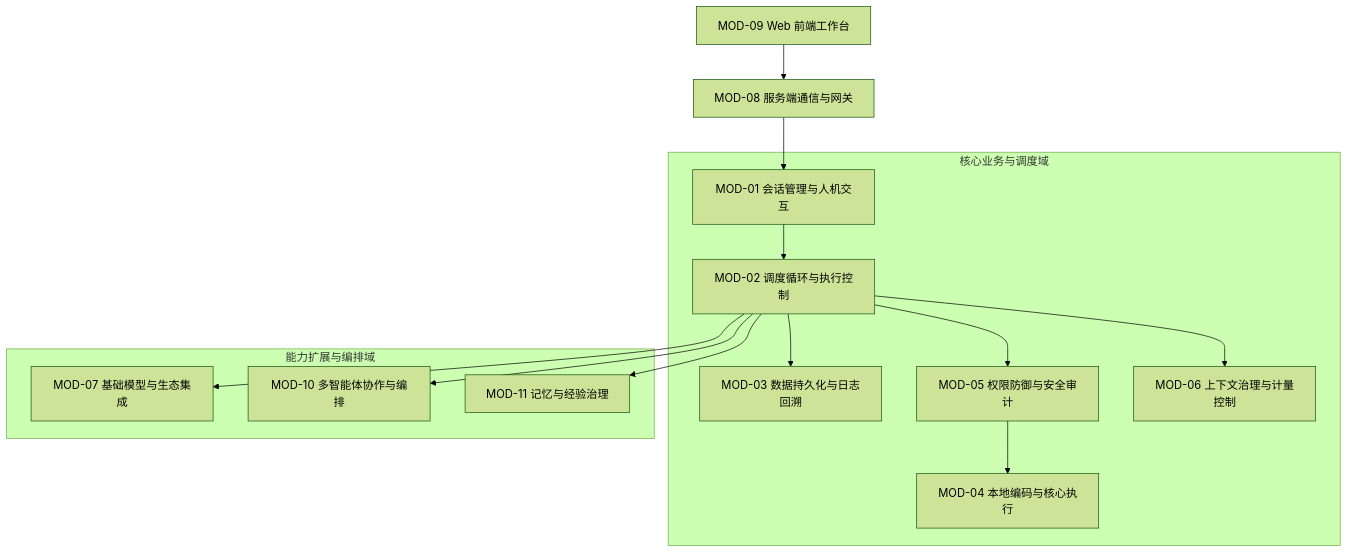
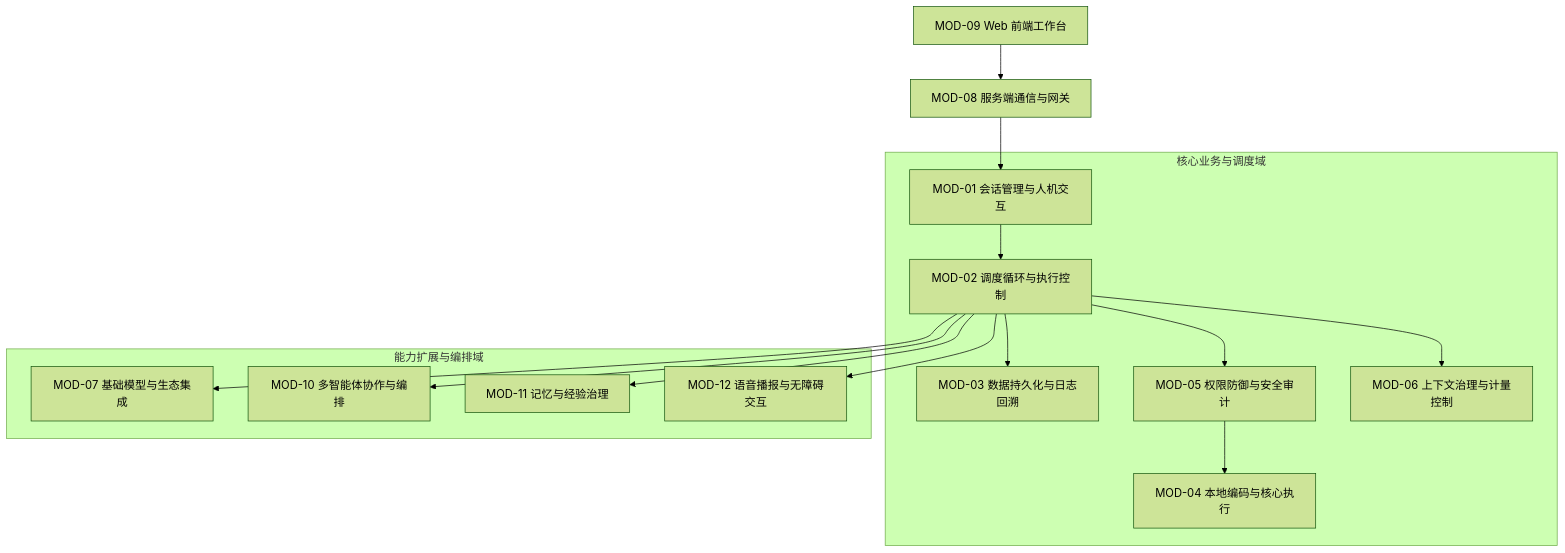
Before and after one commit to cpro1868/pgh_harness: the diagram in docs/阶段-1-需求/功能模块需求规格说明书.md, drawn with Mermaid (forest theme). The commit also changed other lines of this file and 77 other files, not shown here.

````diff
--- a/docs/阶段-1-需求/功能模块需求规格说明书.md
+++ b/docs/阶段-1-需求/功能模块需求规格说明书.md
@@ -14,31 +14,33 @@
 ```mermaid
 graph TD
     UI["MOD-09 Web 前端工作台"]
     GW["MOD-08 服务端通信与网关"]
     
     subgraph CoreDomain ["核心业务与调度域"]
         SESS["MOD-01 会话管理与人机交互"]
         LOOP["MOD-02 调度循环与执行控制"]
         LOG["MOD-03 数据持久化与日志回溯"]
         TOOL["MOD-04 本地编码与核心执行"]
         SEC["MOD-05 权限防御与安全审计"]
         CTX["MOD-06 上下文治理与计量控制"]
     end
 
     subgraph ExtDomain ["能力扩展与编排域"]
         MODEL["MOD-07 基础模型与生态集成"]
         MULTI["MOD-10 多智能体协作与编排"]
         MEM["MOD-11 记忆与经验治理"]
+        SPEECH["MOD-12 语音播报与无障碍交互"]
     end
 
     UI --> GW
     GW --> SESS
     SESS --> LOOP
     LOOP --> CTX
     LOOP --> SEC
     SEC --> TOOL
     LOOP --> MODEL
     LOOP --> MULTI
     LOOP --> MEM
+    LOOP --> SPEECH
     LOOP --> LOG
 ```
````
